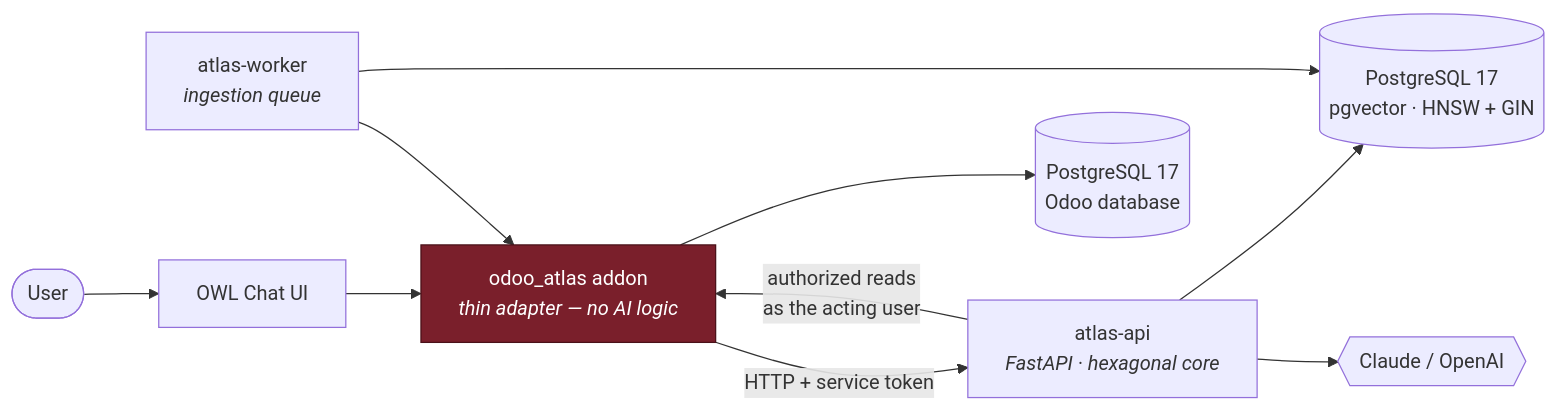
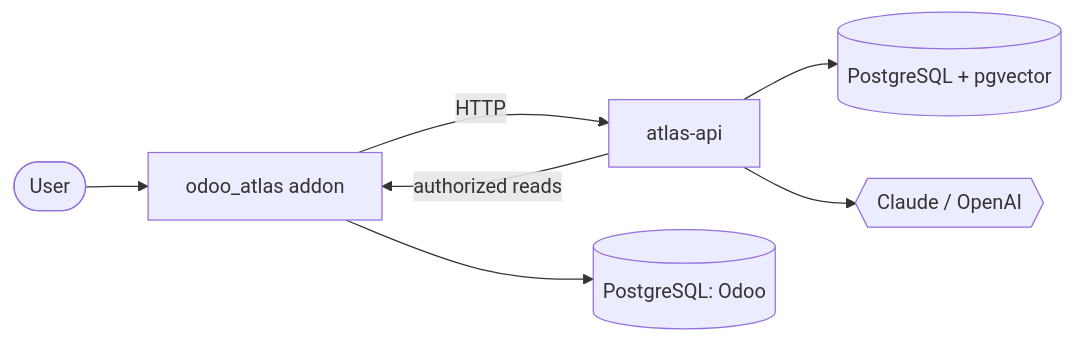
One commit to Spideyman198/Atlas changed the diagram in README.md. Above: the diagram before and after it, drawn with Mermaid. The commit also changed other lines of this file and 2 other files, not shown here.

Commit message:
docs: rewrite README, roadmap and changelog in plain prose

````diff
--- a/README.md
+++ b/README.md
@@ -99,15 +40,9 @@
 ```mermaid
 flowchart LR
-    U([User]) --> OWL["OWL Chat UI"]
-    OWL --> AD["odoo_atlas addon<br/><i>thin adapter — no AI logic</i>"]
-    AD -->|"HTTP + service token"| API["atlas-api<br/><i>FastAPI · hexagonal core</i>"]
-    API -->|"authorized reads<br/>as the acting user"| AD
-    API --> VEC[("PostgreSQL 17<br/>pgvector · HNSW + GIN")]
+    U([User]) --> AD["odoo_atlas addon"]
+    AD -->|HTTP| API["atlas-api"]
+    API -->|authorized reads| AD
+    API --> VEC[("PostgreSQL + pgvector")]
     API --> LLM{{"Claude / OpenAI"}}
-    AD --> ODB[("PostgreSQL 17<br/>Odoo database")]
-    W["atlas-worker<br/><i>ingestion queue</i>"] --> VEC
-    W --> AD
-
-    classDef sec fill:#7a1f2b,stroke:#4a1119,color:#fff
-    class AD sec
+    AD --> ODB[("PostgreSQL: Odoo")]
 ```
````
